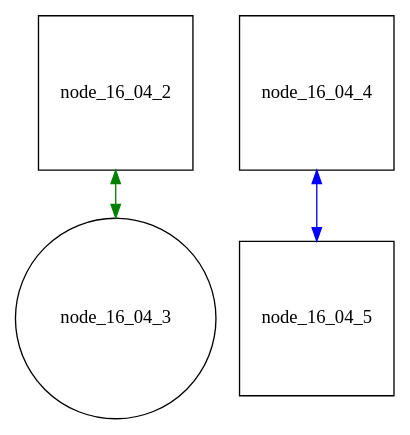
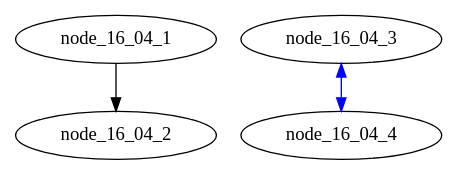
The diagram in data/16.04.gv (graphviz-perl/GraphViz2-Marpa), drawn with Graphviz before and after one commit. The commit also changed 1 other file, not shown here.

```diff
--- a/data/16.04.gv
+++ b/data/16.04.gv
@@ -1,21 +1,14 @@
 strict digraph graph_16_04
 {
-	subgraph subgraph_16_04_1
+	node_16_04_1
+	->
 	{
-		node [shape = square]
+		node_16_04_2
+	}
 
-		label = ""
-
-		node_16_04_2 -> { node [shape = circle] node_16_04_3 }
-		[
-			color = green
-			dir   = "both",
-		]
-
-		node_16_04_4 -> node_16_04_5
-		[
-			color = blue
-			dir   = "both",
-		]
-	}
+	node_16_04_3 -> node_16_04_4
+	[
+		color = blue
+		dir   = "both",
+	]
 }
```
